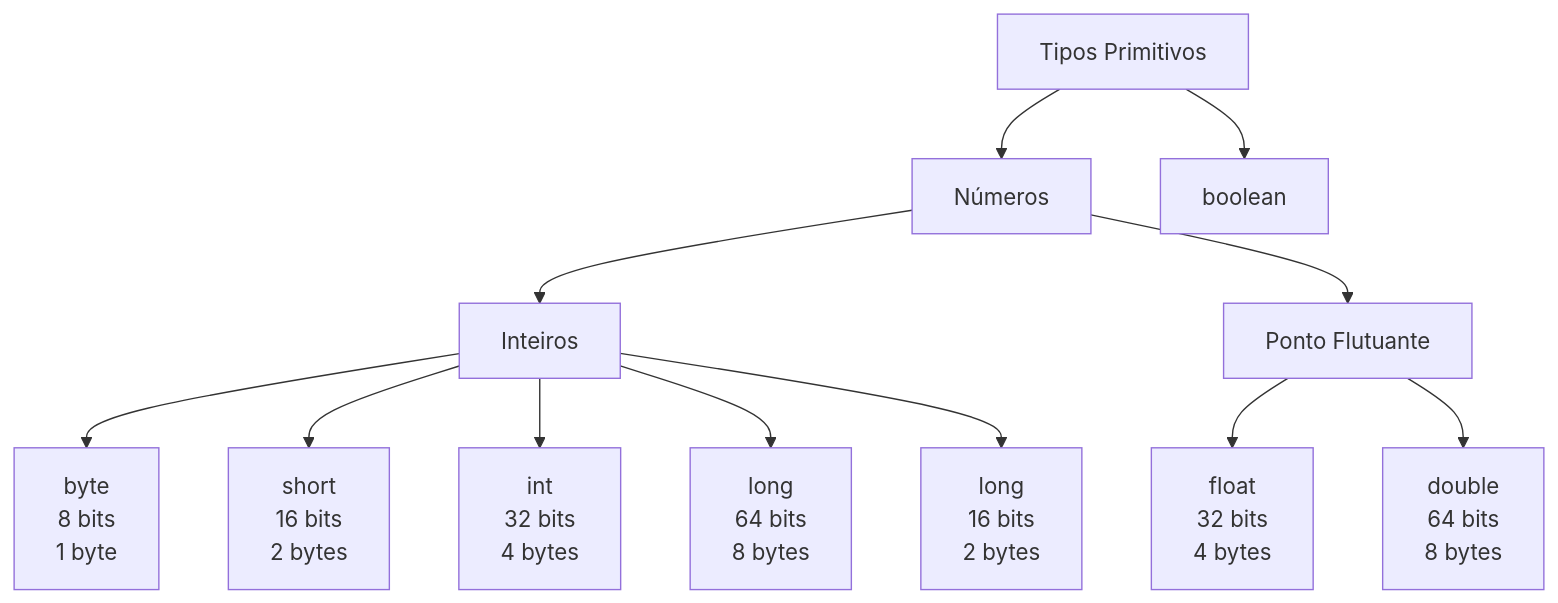
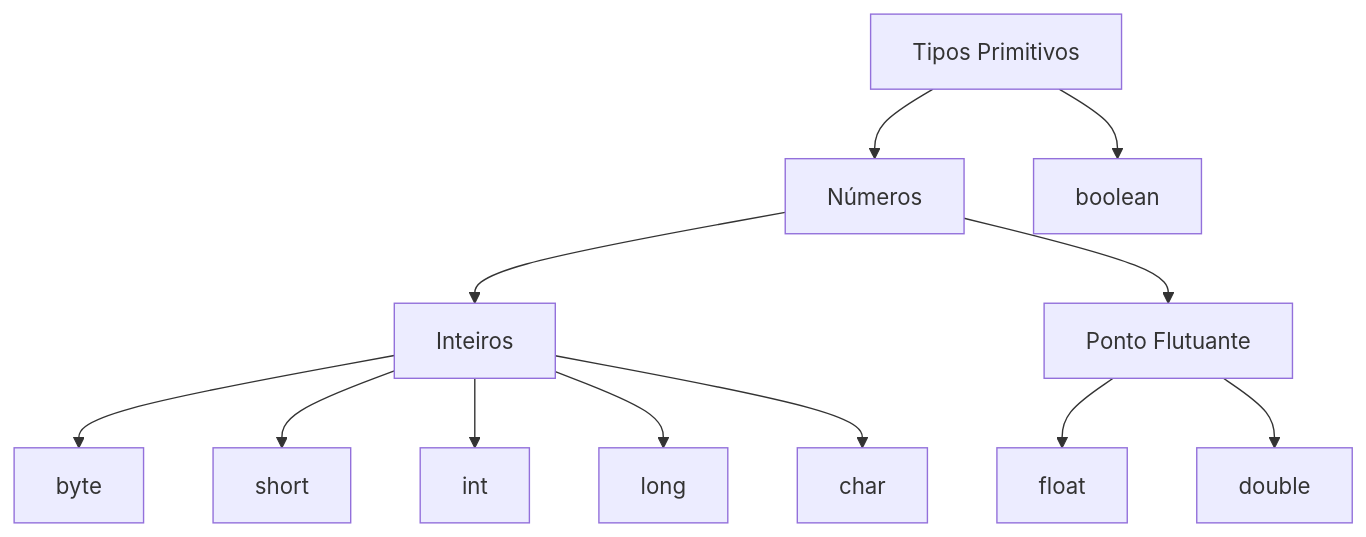
The diagram in README.md (henriquesebastiao/estudos-java), drawn with Mermaid before and after one commit. The commit also changed other lines of this file, not shown here.

Commit message:
Adicionando tipos de dados primitivos ao README

````diff
--- a/README.md
+++ b/README.md
@@ -76,22 +76,22 @@
 ```mermaid
 flowchart
 primitivo["Tipos Primitivos"]
 numbers["Números"]
 integer["Inteiros"]
 float_point["Ponto Flutuante"]
 
 primitivo --> boolean
 primitivo --> numbers
 
 numbers --> integer
 numbers --> float_point
 
-integer --> byte["byte\n 8 bits\n 1 byte"]
-integer --> short["short\n 16 bits\n 2 bytes"]
-integer --> int["int\n 32 bits\n 4 bytes"]
-integer --> long["long\n 64 bits\n 8 bytes"]
-integer --> char["long\n 16 bits\n 2 bytes"]
+integer --> byte
+integer --> short
+integer --> int
+integer --> long
+integer --> char
 
-float_point --> float["float\n 32 bits\n 4 bytes"]
-float_point --> double["double\n 64 bits\n 8 bytes"]
+float_point --> float
+float_point --> double
 ```
````
